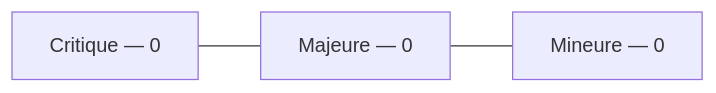
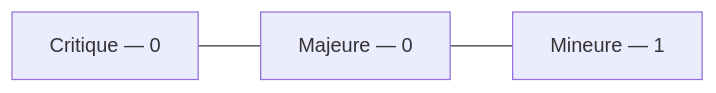
Before and after one commit to JavaChrist/Tai-Chi-AI-Coach: the second of 5 diagrams in docs/runtime/12_TECH_DEBT.md, drawn with Mermaid. The commit also changed other lines of this file and 16 other files, not shown here.

````diff
--- a/docs/runtime/12_TECH_DEBT.md
+++ b/docs/runtime/12_TECH_DEBT.md
@@ -59,5 +60,5 @@
 ```mermaid
 flowchart LR
   C[Critique — 0] --- M[Majeure — 0]
-  M --- m[Mineure — 0]
+  M --- m[Mineure — 1]
 ```
````
